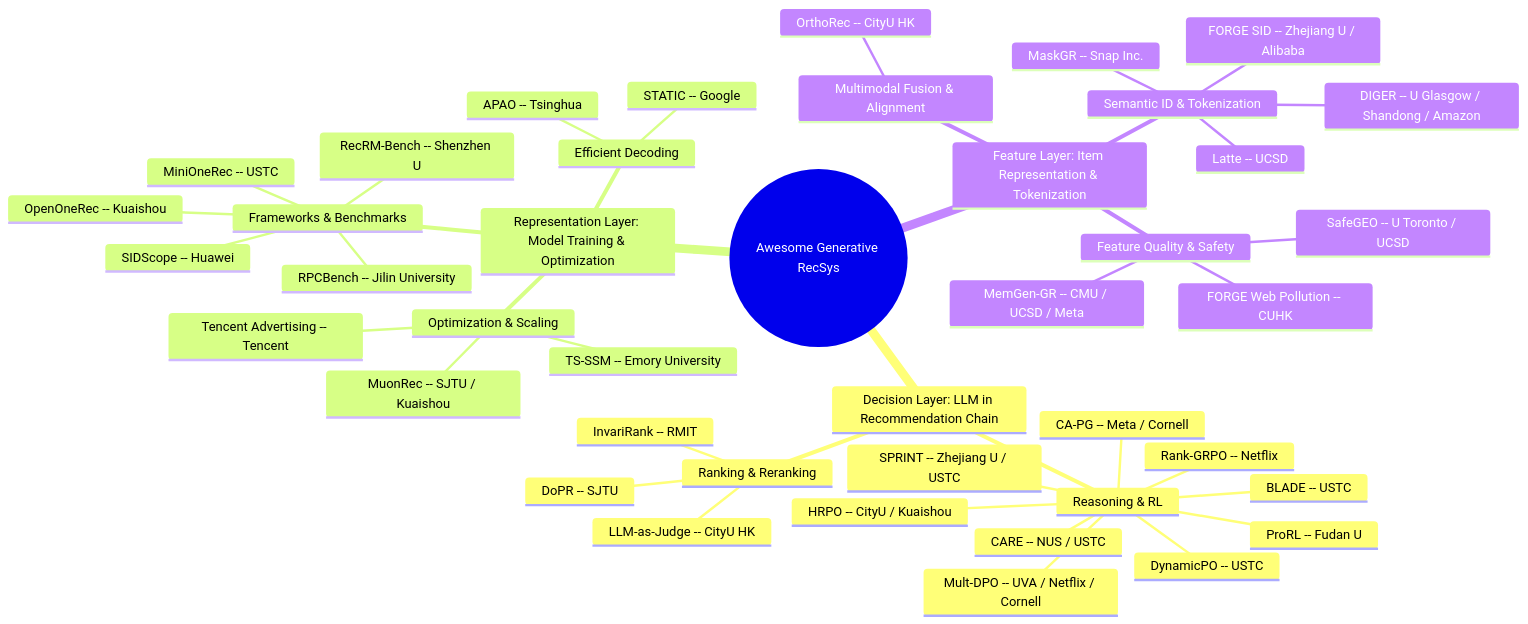
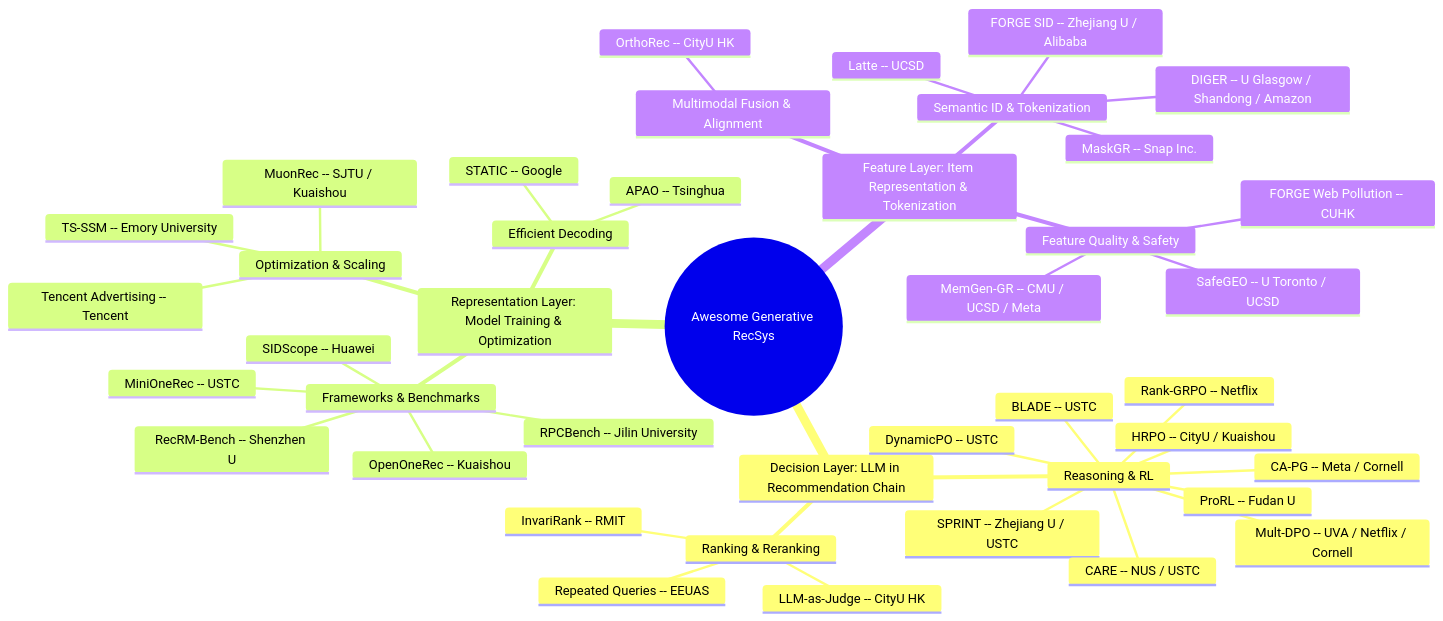
One commit to HaFred/awesome-generative-recsys changed the diagram in README.md. Above: the diagram before and after it, drawn with Mermaid. The commit also changed other lines of this file and 3 other files, not shown here.

````diff
--- a/README.md
+++ b/README.md
@@ -29,45 +29,45 @@
 ```mermaid
 mindmap
   root((Awesome Generative RecSys))
     Decision Layer: LLM in Recommendation Chain
       Reasoning & RL
         Rank-GRPO -- Netflix
         DynamicPO -- USTC
         BLADE -- USTC
         SPRINT -- Zhejiang U / USTC
         CARE -- NUS / USTC
         HRPO -- CityU / Kuaishou
         Mult-DPO -- UVA / Netflix / Cornell
         CA-PG -- Meta / Cornell
         ProRL -- Fudan U
       Ranking & Reranking
         InvariRank -- RMIT
         LLM-as-Judge -- CityU HK
-        DoPR -- SJTU
+        Repeated Queries -- EEUAS
     Representation Layer: Model Training & Optimization
       Frameworks & Benchmarks
         MiniOneRec -- USTC
         OpenOneRec -- Kuaishou
         RecRM-Bench -- Shenzhen U
         SIDScope -- Huawei
         RPCBench -- Jilin University
       Efficient Decoding
         STATIC -- Google
         APAO -- Tsinghua
       Optimization & Scaling
         MuonRec -- SJTU / Kuaishou
         Tencent Advertising -- Tencent
         TS-SSM -- Emory University
     Feature Layer: Item Representation & Tokenization
       Semantic ID & Tokenization
         Latte -- UCSD
         FORGE SID -- Zhejiang U / Alibaba
         DIGER -- U Glasgow / Shandong / Amazon
         MaskGR -- Snap Inc.
       Multimodal Fusion & Alignment
         OrthoRec -- CityU HK
       Feature Quality & Safety
         SafeGEO -- U Toronto / UCSD
         MemGen-GR -- CMU / UCSD / Meta
         FORGE Web Pollution -- CUHK
 ```
````
